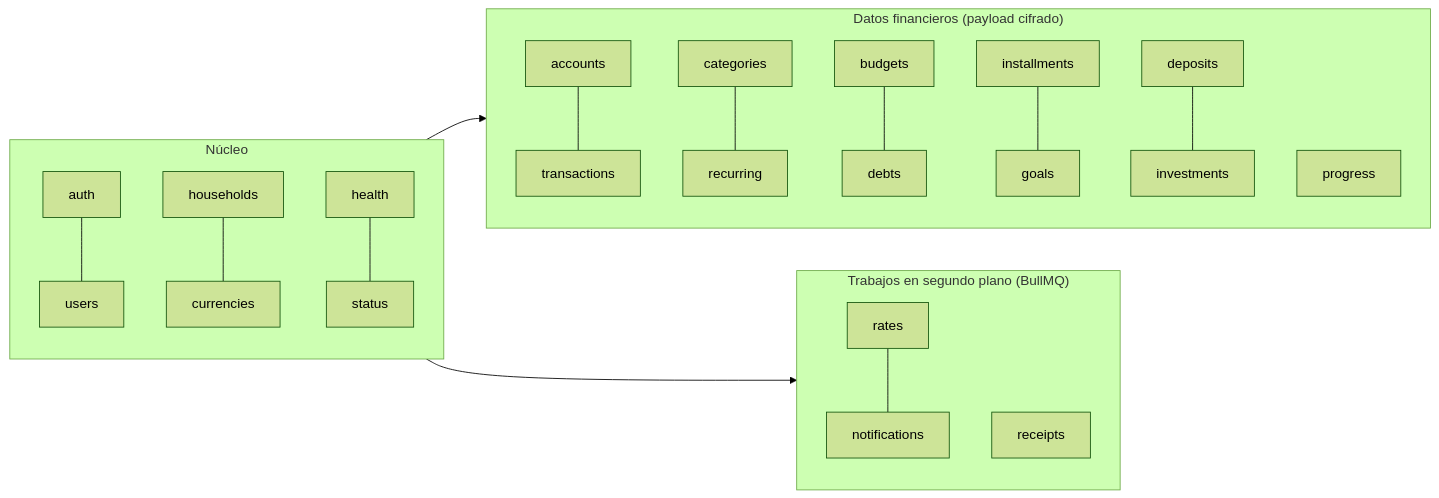
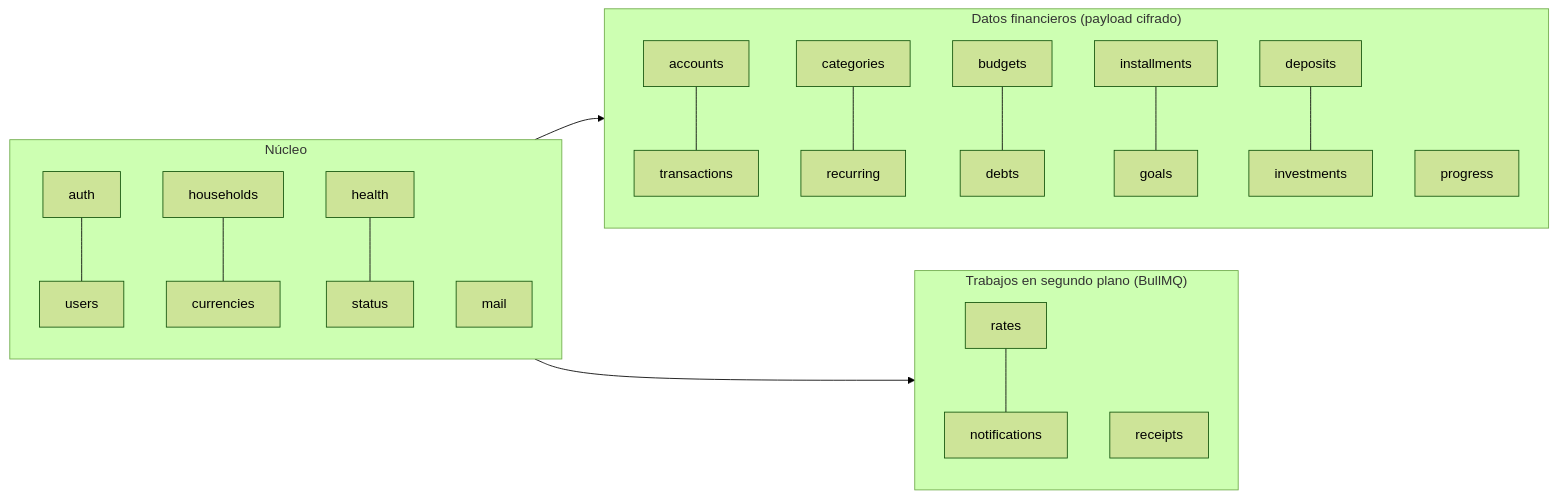
The second of 10 diagrams in docs/arquitectura.md (dotforeach/commit), drawn with Mermaid (forest theme) before and after one commit. The commit also changed other lines of this file and 7 other files, not shown here.

First line of the commit message:
Documentación: correo y ciclo de la cuenta en diagramas

````diff
--- a/docs/arquitectura.md
+++ b/docs/arquitectura.md
@@ -57,22 +60,23 @@
 ```mermaid
 flowchart LR
     subgraph Núcleo
         AUTH[auth] --- USERS[users]
         HH[households] --- CUR[currencies]
         HEALTH[health] --- STATUS[status]
+        MAIL[mail]
     end
     subgraph Finanzas["Datos financieros (payload cifrado)"]
         ACC[accounts] --- TX[transactions]
         CAT[categories] --- REC[recurring]
         BUD[budgets] --- DEBT[debts]
         INST[installments] --- GOALS[goals]
         DEP[deposits] --- INV[investments]
         PROG[progress]
     end
     subgraph Fondo["Trabajos en segundo plano (BullMQ)"]
         RATES[rates] --- NOTIF[notifications]
         RCPT[receipts]
     end
     Núcleo --> Finanzas
     Núcleo --> Fondo
 ```
````
